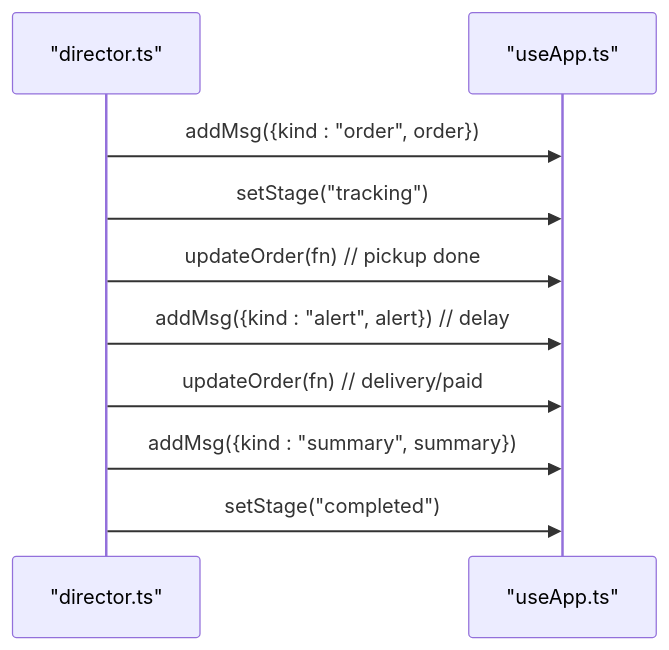
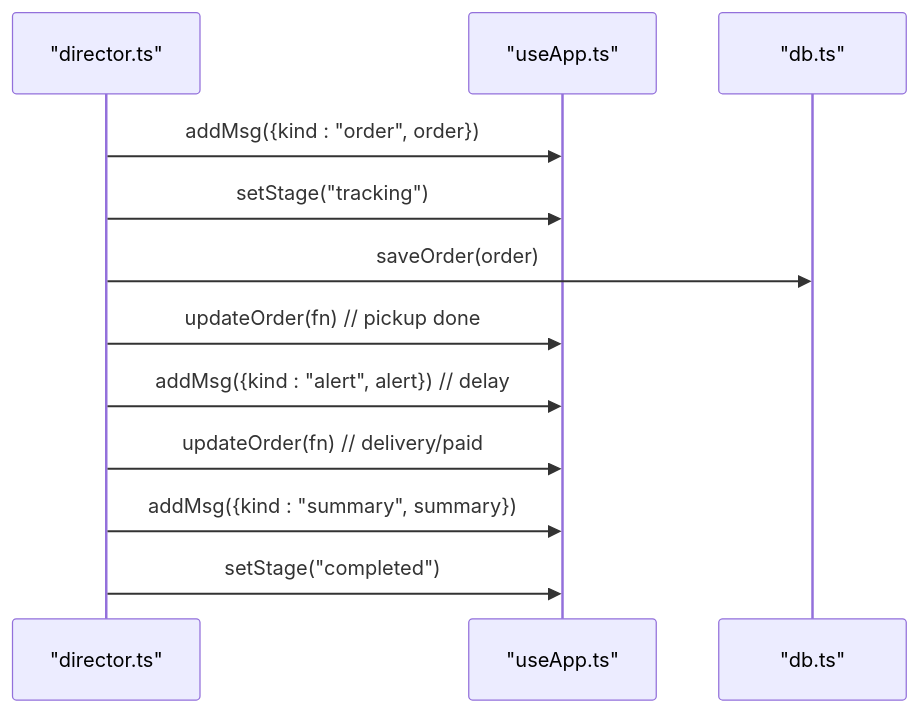
Before and after one commit to MudassarAbrar/FreshRoute-Ai: the sixth of 7 diagrams in .qoder/repowiki/en/content/State Management.md, drawn with Mermaid. The commit also changed other lines of this file and 179 other files, not shown here.

````diff
--- a/.qoder/repowiki/en/content/State Management.md
+++ b/.qoder/repowiki/en/content/State Management.md
@@ -235,12 +289,14 @@
 ```mermaid
 sequenceDiagram
 participant Dir as "director.ts"
 participant Store as "useApp.ts"
+participant DB as "db.ts"
 Dir->>Store : addMsg({kind : "order", order})
 Dir->>Store : setStage("tracking")
+Dir->>DB : saveOrder(order)
 Dir->>Store : updateOrder(fn) // pickup done
 Dir->>Store : addMsg({kind : "alert", alert}) // delay
 Dir->>Store : updateOrder(fn) // delivery/paid
 Dir->>Store : addMsg({kind : "summary", summary})
 Dir->>Store : setStage("completed")
 ```
````
